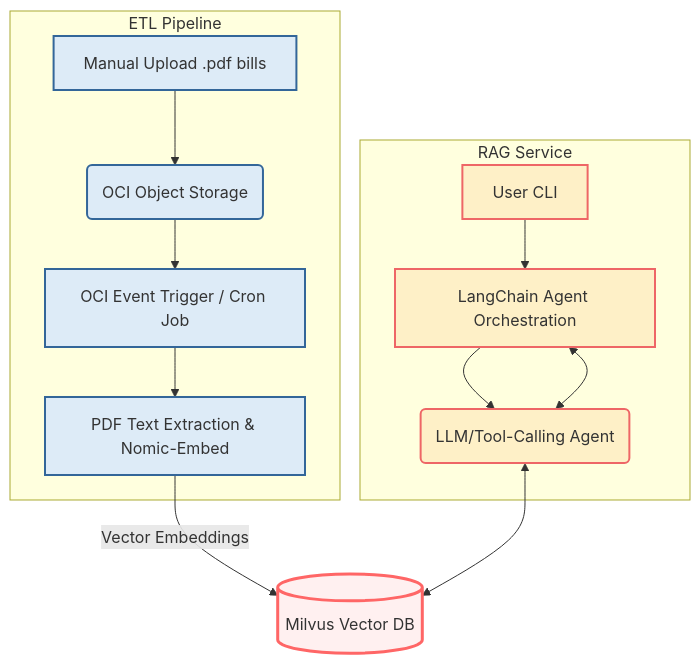
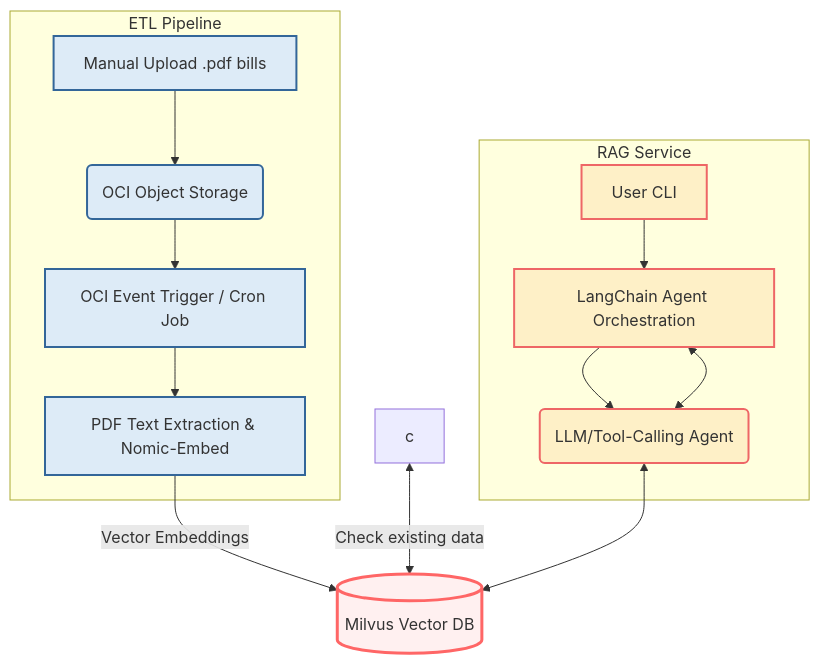
One commit to Alvan-Dmello/Intelligent-Utility-Bill-RAG changed the diagram in README.md. Above: the diagram before and after it, drawn with Mermaid.

````diff
--- a/README.md
+++ b/README.md
@@ -29,41 +29,42 @@
 ```mermaid
 
 graph TB;
 
 classDef etl fill:#DDEBF7,stroke:#369,stroke-width:2px;
 classDef rag fill:#FEF0C7,stroke:#E66,stroke-width:2px;
 classDef db fill:#FFF0F0,stroke:#F66,stroke-width:3px;
 classDef interface fill:#E6FFED,stroke:#0A0;
 
 %% Define the external Milvus Vector DB first
 E[(Milvus Vector DB)]:::db;
 
 %% 1. Define ETL Pipeline (to appear on the LEFT)
 subgraph ETL Pipeline
 A[Manual Upload .pdf bills]:::interface
 B(OCI Object Storage)
 C[OCI Event Trigger / Cron Job]
 D[PDF Text Extraction & Nomic-Embed]
 
 A --> B --> C --> D;
 class A,B,C,D etl
 end
 
 %% 2. Define RAG Service (to appear on the RIGHT)
 subgraph RAG Service
 F[User CLI]:::interface
 I[LangChain Agent Orchestration]
 H(LLM/Tool-Calling Agent)
 
 F --> I;
 I --> H;
 H <--> I; 
 class F,I,H rag
 end
 
 
 D -- Vector Embeddings --> E;
+c<-- Check existing data -->E
 
 H <--> E;
 
 ```
````
